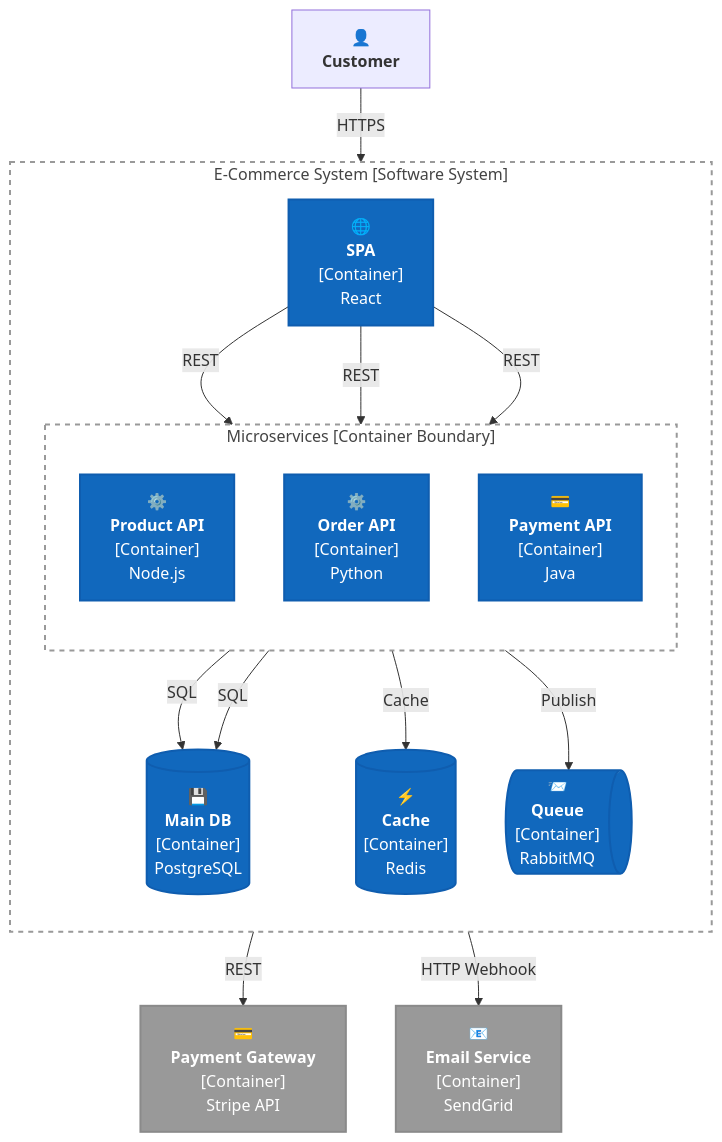
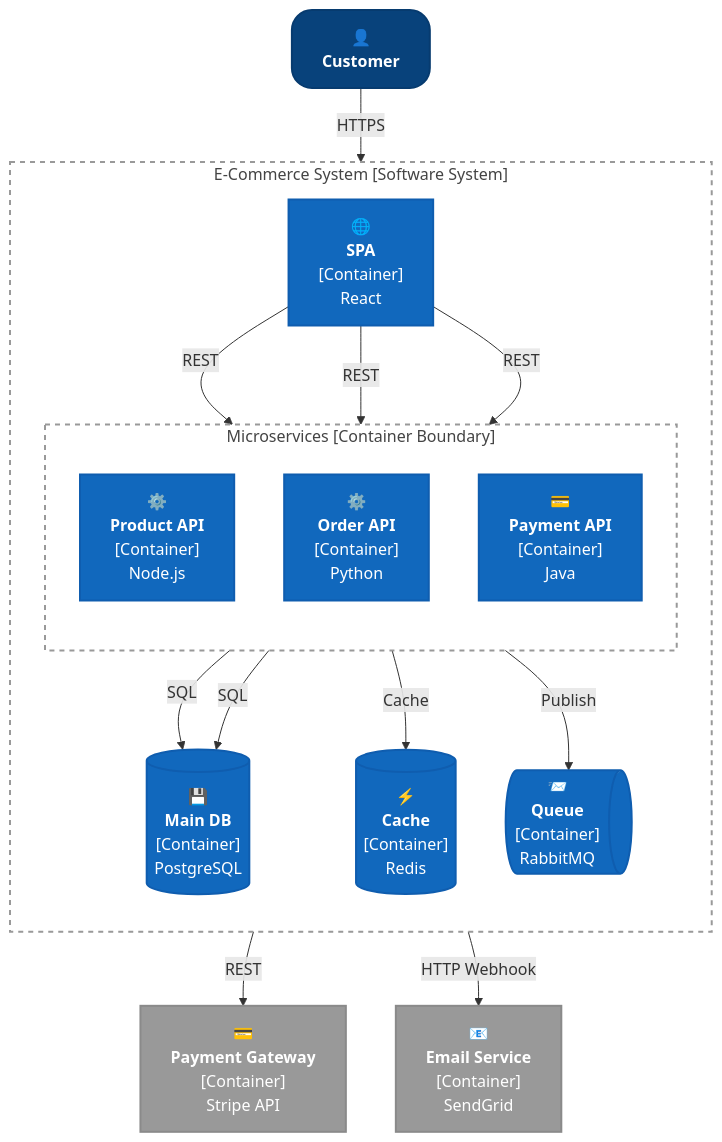
The second of 6 diagrams in .github/skills/c4-mermaid-diagrams/references/C4-Container-Diagram-Mermaid-Flowchart-Cheatsheet.md (LockTar/C4-Modeling-in-Mermaid), drawn with Mermaid before and after one commit. The commit also changed other lines of this file and 3 other files, not shown here.

Commit message:
Update C4 Mermaid Flowchart Cheatsheets to include Person and PersonExt class definitions for improved diagram clarity

````diff
--- a/.github/skills/c4-mermaid-diagrams/references/C4-Container-Diagram-Mermaid-Flowchart-Cheatsheet.md
+++ b/.github/skills/c4-mermaid-diagrams/references/C4-Container-Diagram-Mermaid-Flowchart-Cheatsheet.md
@@ -95,50 +97,54 @@
 ```mermaid
 flowchart TB
+    classDef Person fill:#08427b,stroke:#073b6f,color:#fff,rx:20px,ry:20px,stroke-width:2px;
     classDef Container fill:#1168bd,stroke:#0f5daf,color:#fff,stroke-width:2px;
     classDef ContainerDb fill:#1168bd,stroke:#0f5daf,color:#fff,stroke-width:2px;
     classDef ContainerExt fill:#999999,stroke:#8a8a8a,color:#fff,stroke-width:2px;
     classDef ContainerBoundary fill:none,stroke:#999,stroke-width:2px,stroke-dasharray: 5 5,color:#444;
 
     user["👤<br/><b>Customer</b>"]
 
     subgraph sys["E-Commerce System [Software System]"]
         direction TB
 
         spa["🌐<br/><b>SPA</b><br/>[Container]<br/>React"]
 
         subgraph services["Microservices [Container Boundary]"]
             direction TB
             productapi["⚙️<br/><b>Product API</b><br/>[Container]<br/>Node.js"]
             orderapi["⚙️<br/><b>Order API</b><br/>[Container]<br/>Python"]
             paymentapi["💳<br/><b>Payment API</b><br/>[Container]<br/>Java"]
         end
         class services ContainerBoundary
 
         maindb[("💾<br/><b>Main DB</b><br/>[Container]<br/>PostgreSQL")]
         cache[("⚡<br/><b>Cache</b><br/>[Container]<br/>Redis")]
         queue@{ shape: das, label: "📨<br/><b>Queue</b><br/>[Container]<br/>RabbitMQ" }
 
         class spa,productapi,orderapi,paymentapi,queue Container
         class maindb,cache ContainerDb
 
         spa -->|REST| productapi
         spa -->|REST| orderapi
         spa -->|REST| paymentapi
 
         productapi -->|SQL| maindb
         orderapi -->|SQL| maindb
         paymentapi -->|Cache| cache
 
         orderapi -->|Publish| queue
     end
     class sys ContainerBoundary;
 
     paymentgateway["💳<br/><b>Payment Gateway</b><br/>[Container]<br/>Stripe API"]
     email["📧<br/><b>Email Service</b><br/>[Container]<br/>SendGrid"]
 
     class paymentgateway,email ContainerExt
 
+    class user Person
+    class paymentgateway,email ContainerExt
+
     user -->|HTTPS| spa
     paymentapi -->|REST| paymentgateway
     queue -->|HTTP Webhook| email
 ```
````
